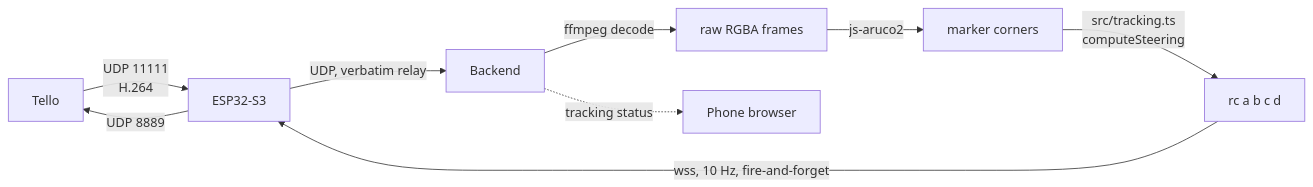
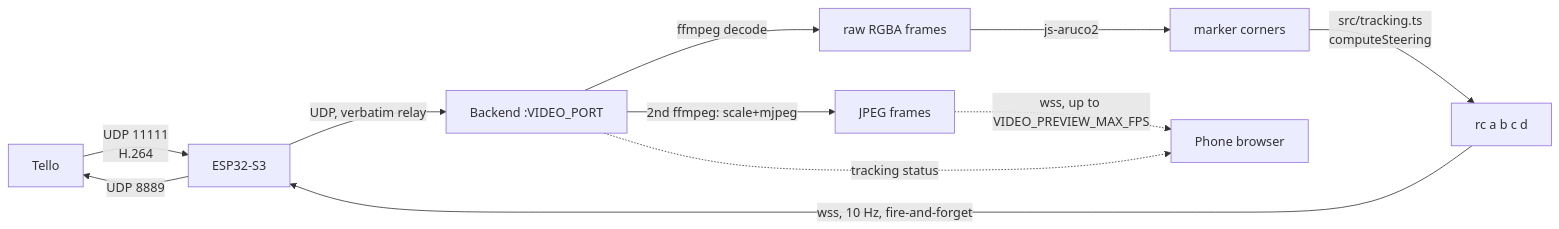
The second of 2 diagrams in README.md (JungyoKim/Drone-Web-Server), drawn with Mermaid before and after one commit. The commit also changed other lines of this file and 10 other files, not shown here.

First line of the commit message:
Add real-time camera preview to the tracking panel

````diff
--- a/README.md
+++ b/README.md
@@ -141,11 +144,13 @@
 ```mermaid
 graph LR
   T[Tello] -->|UDP 11111<br/>H.264| E[ESP32-S3]
-  E -->|UDP, verbatim relay| S[Backend]
+  E -->|UDP, verbatim relay| S[Backend :VIDEO_PORT]
   S -->|ffmpeg decode| F[raw RGBA frames]
   F -->|js-aruco2| D[marker corners]
   D -->|src/tracking.ts<br/>computeSteering| RC[rc a b c d]
   RC -->|wss, 10 Hz, fire-and-forget| E
   E -->|UDP 8889| T
-  S -.tracking status.-> B[Phone browser]
+  S -->|2nd ffmpeg: scale+mjpeg| J[JPEG frames]
+  J -.wss, up to VIDEO_PREVIEW_MAX_FPS.-> B[Phone browser]
+  S -.tracking status.-> B
 ```
````
